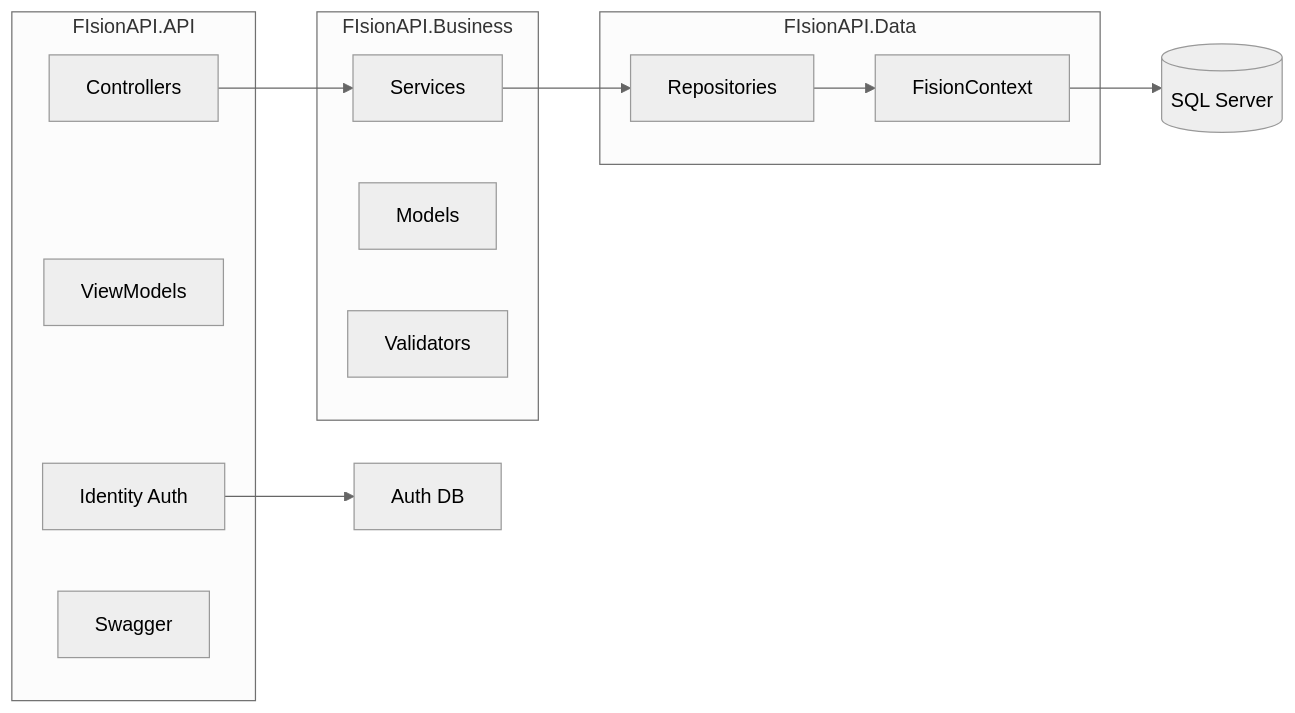
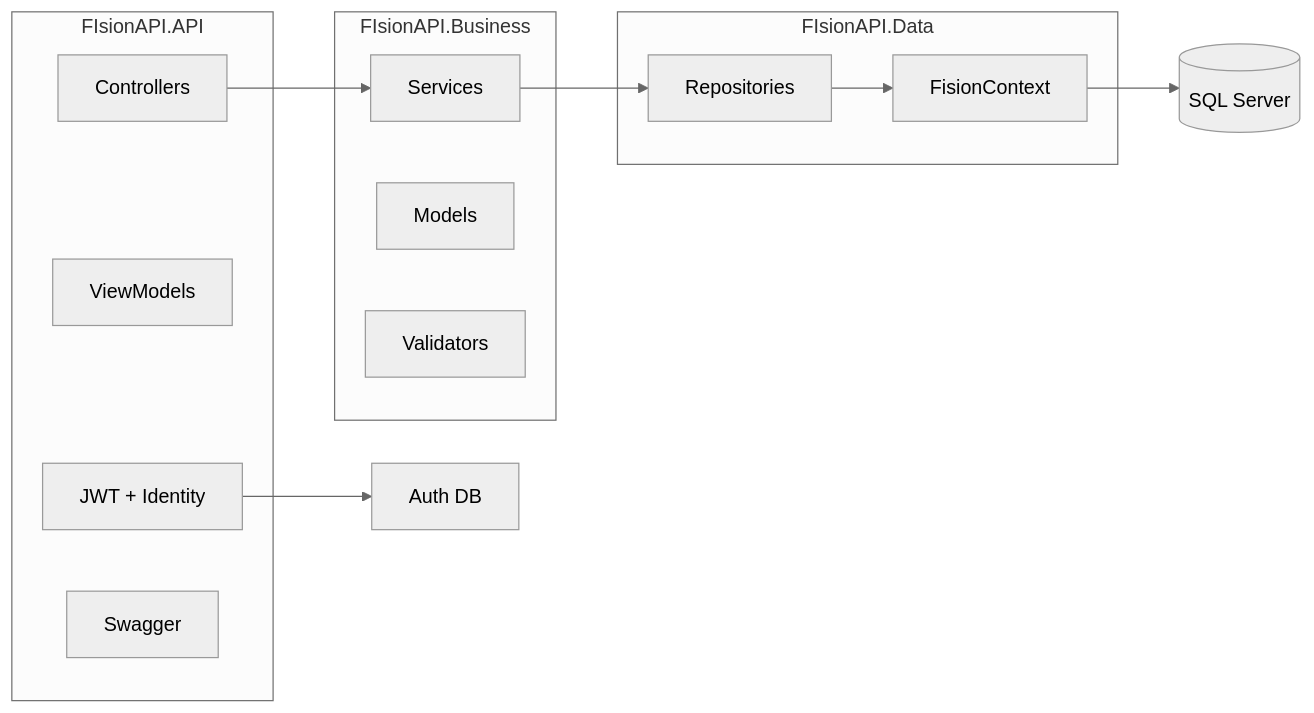
The first of 2 diagrams in README.md (aldoluizmoura/Fision.API), drawn with Mermaid (neutral theme) before and after one commit. The commit also changed other lines of this file, not shown here.

Commit message:
Document JWT auth with refresh tokens and roles

````diff
--- a/README.md
+++ b/README.md
@@ -50,24 +50,24 @@
 ```mermaid
 flowchart LR
   subgraph api [FIsionAPI.API]
     Controllers
     ViewModels
-    Auth[Identity Auth]
+    Auth[JWT + Identity]
     Swagger
   end
   subgraph business [FIsionAPI.Business]
     Services
     Models
     Validators
   end
   subgraph data [FIsionAPI.Data]
     Repositories
     FisionContext
   end
   DB[(SQL Server)]
   Controllers --> Services
   Services --> Repositories
   Repositories --> FisionContext
   FisionContext --> DB
   Auth --> AuthDB["Auth DB"]
 ```
````
